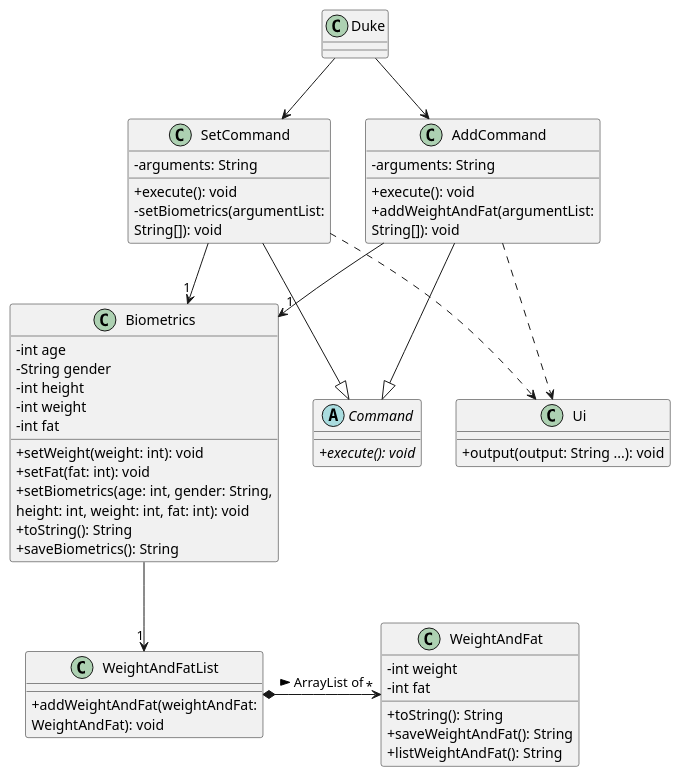
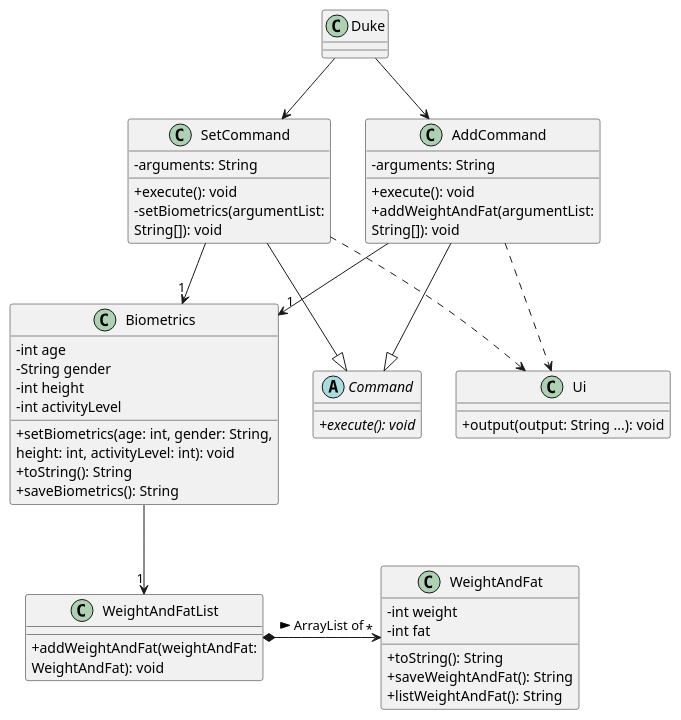
The diagram in docs/UmlDiagrams/Biometrics.puml (nus-cs2113-AY2223S1/tp), drawn with PlantUML before and after one commit. The commit also changed 4 other files, not shown here.

```diff
--- a/docs/UmlDiagrams/Biometrics.puml
+++ b/docs/UmlDiagrams/Biometrics.puml
@@ -1,60 +1,57 @@
 @startuml
 'https://plantuml.com/class-diagram
 skinparam classAttributeIconSize 0
 
 
 class Ui {
 +output(output: String ...): void
 }
 abstract class Command {
 {abstract} +execute(): void
 }
 class AddCommand {
 -arguments: String
 +execute(): void
 +addWeightAndFat(argumentList:
 String[]): void
 }
 class SetCommand {
 -arguments: String
 +execute(): void
 -setBiometrics(argumentList:
 String[]): void
 }
 class Biometrics {
 -int age
 -String gender
 -int height
--int weight
--int fat
-+setWeight(weight: int): void
-+setFat(fat: int): void
+-int activityLevel
 +setBiometrics(age: int, gender: String,
-height: int, weight: int, fat: int): void
+height: int, activityLevel: int): void
 +toString(): String
 +saveBiometrics(): String
 }
 class WeightAndFat {
 -int weight
 -int fat
 +toString(): String
 +saveWeightAndFat(): String
 +listWeightAndFat(): String
 }
 class WeightAndFatList {
 +addWeightAndFat(weightAndFat:
 WeightAndFat): void
 }
 
 AddCommand --|> Command
 SetCommand --|> Command
 Duke --> AddCommand
 Duke --> SetCommand
 SetCommand ..> Ui
 AddCommand ..> Ui
 AddCommand --> "1"Biometrics
 SetCommand --> "1"Biometrics
 Biometrics --> "1"WeightAndFatList
 WeightAndFatList *-> "*"WeightAndFat : ArrayList of >
 
 @enduml
```
